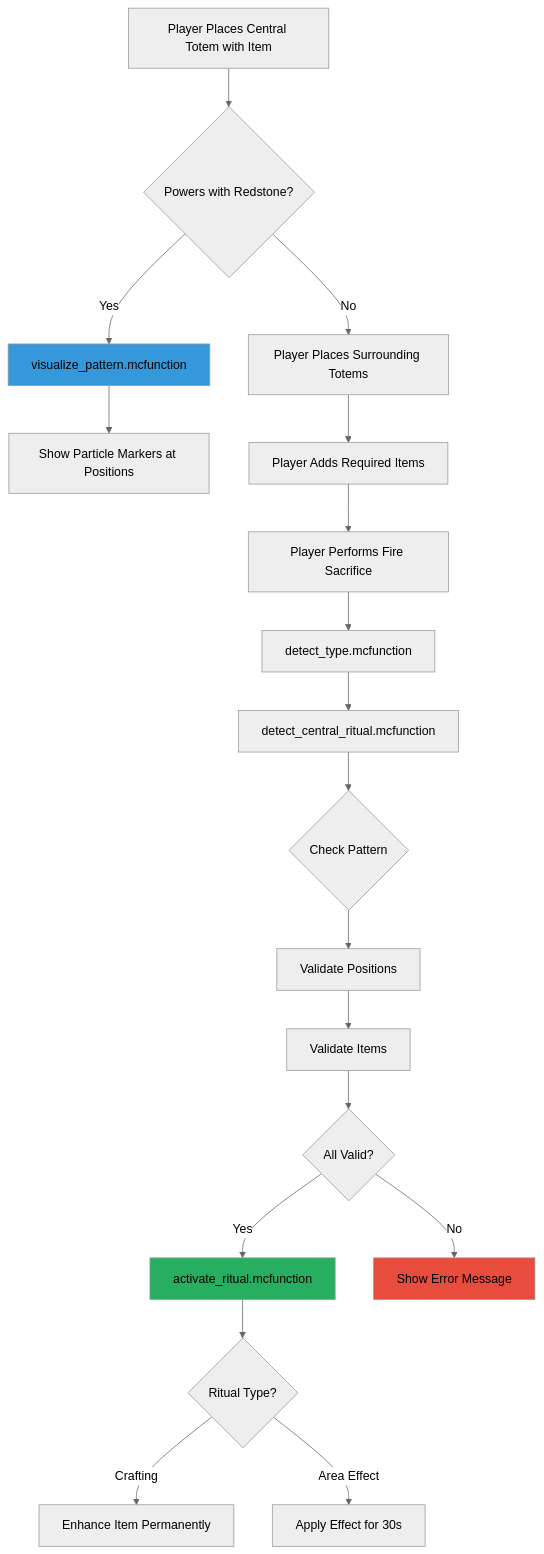
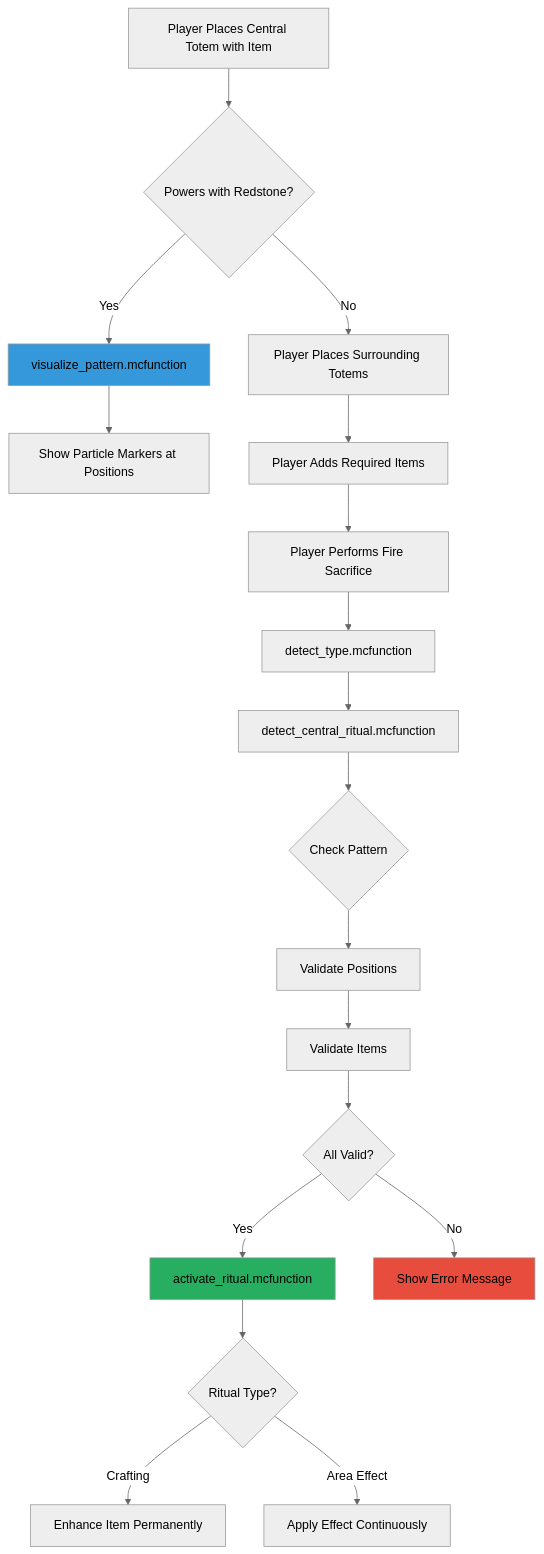
Before and after one commit to Underwood-Inc/rituals: the diagram in docs/IMPLEMENTATION_SUMMARY.md, drawn with Mermaid (neutral theme). The commit also changed other lines of this file and 67 other files, not shown here.

````diff
--- a/docs/IMPLEMENTATION_SUMMARY.md
+++ b/docs/IMPLEMENTATION_SUMMARY.md
@@ -196,29 +159,29 @@
 ```mermaid
 graph TB
     A[Player Places Central Totem with Item] --> B{Powers with Redstone?}
     B -->|Yes| C[visualize_pattern.mcfunction]
     C --> D[Show Particle Markers at Positions]
     
     B -->|No| E[Player Places Surrounding Totems]
     E --> F[Player Adds Required Items]
     F --> G[Player Performs Fire Sacrifice]
     
     G --> H[detect_type.mcfunction]
     H --> I[detect_central_ritual.mcfunction]
     I --> J{Check Pattern}
     
     J --> K[Validate Positions]
     K --> L[Validate Items]
     L --> M{All Valid?}
     
     M -->|Yes| N[activate_ritual.mcfunction]
     M -->|No| O[Show Error Message]
     
     N --> P{Ritual Type?}
     P -->|Crafting| Q[Enhance Item Permanently]
-    P -->|Area Effect| R[Apply Effect for 30s]
+    P -->|Area Effect| R[Apply Effect Continuously]
     
     style N fill:#27ae60
     style O fill:#e74c3c
     style C fill:#3498db
 ```
````
